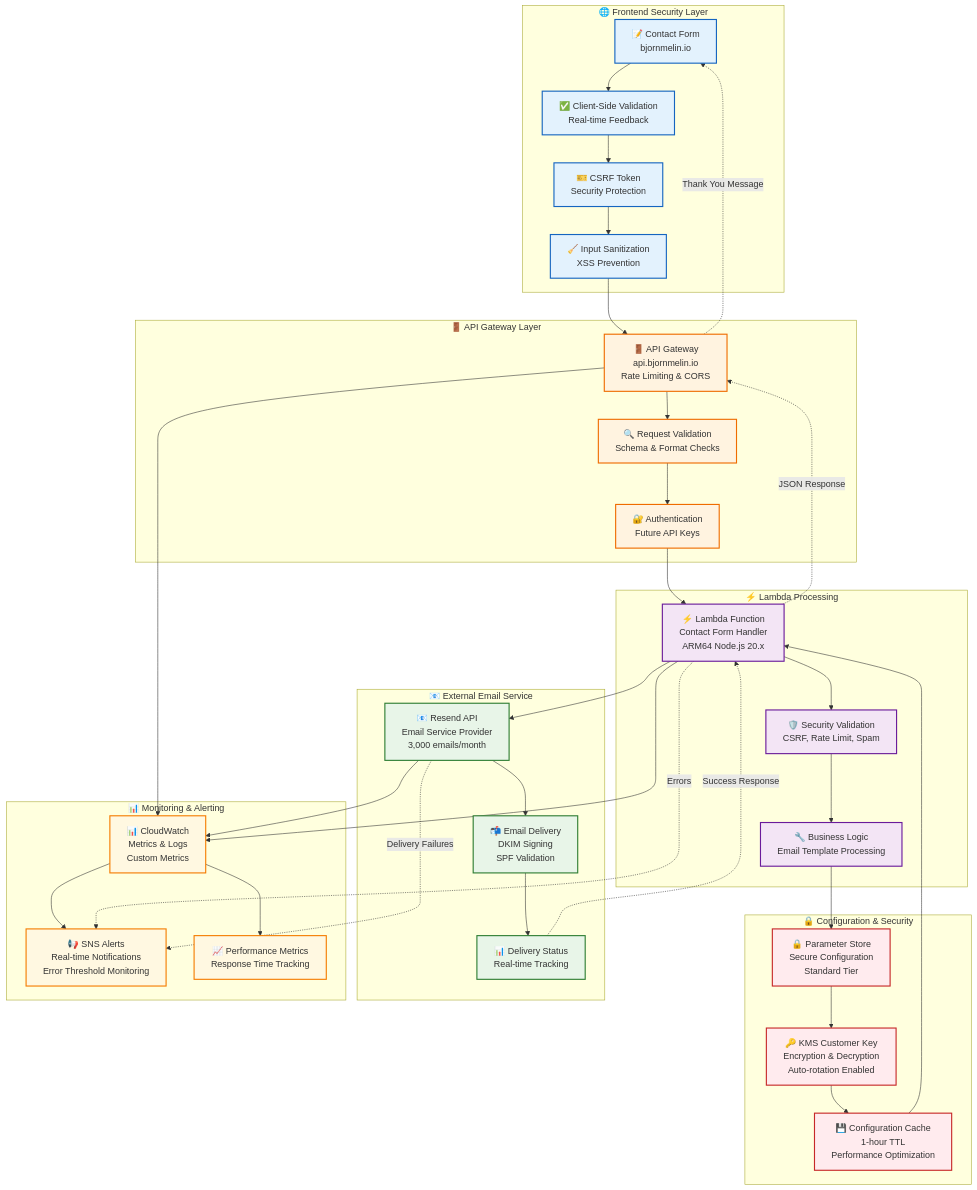
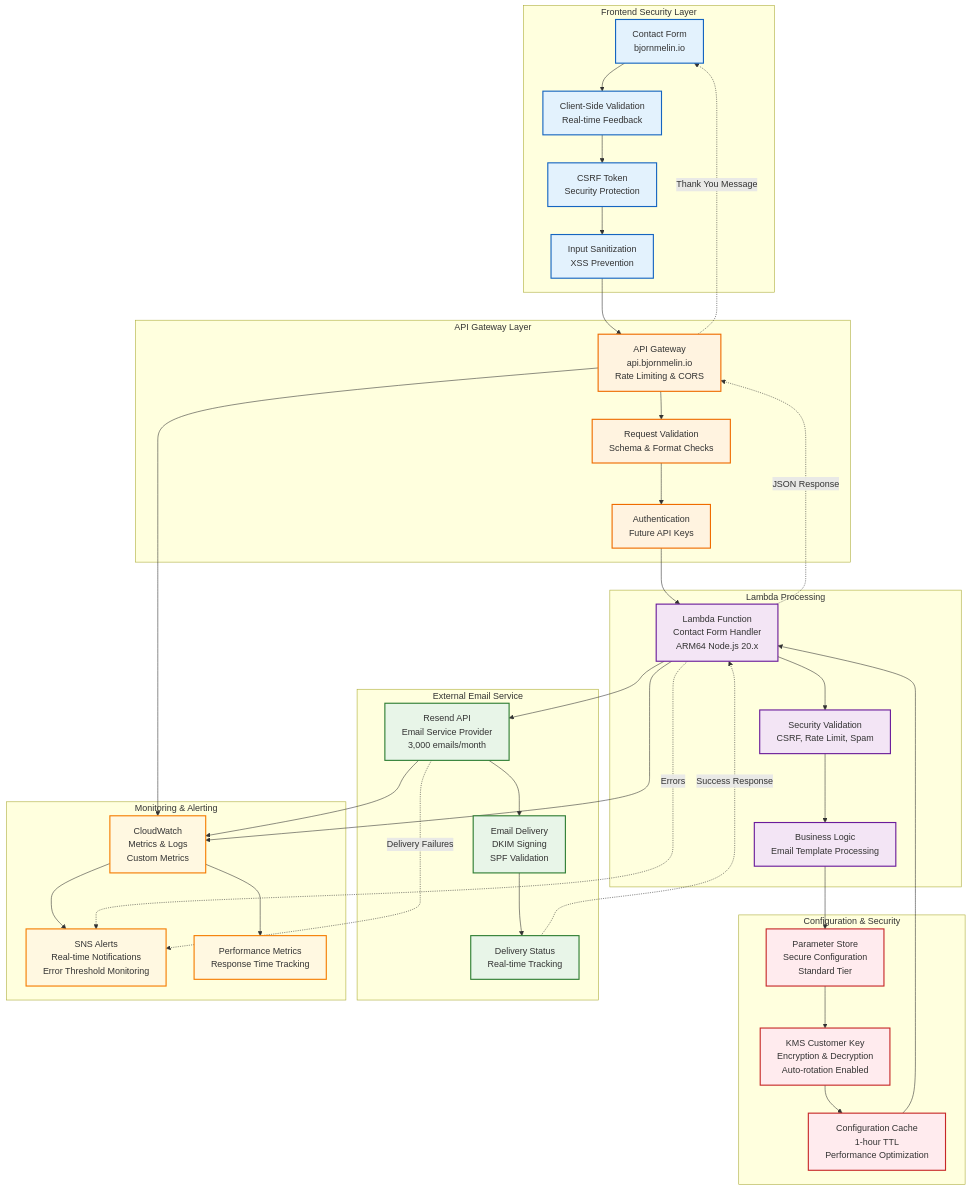
One commit to BjornMelin/bjornmelin-platform-io changed the first of 2 diagrams in docs/infrastructure/email-service-architecture.md. Above: the diagram before and after it, drawn with Mermaid. The commit also changed other lines of this file and 2 other files, not shown here.

Commit message:
docs: standardize Mermaid diagram labels for clarity
- Update Mermaid diagrams in multiple documentation files to use consistent labeling and formatting.
- Ensure all subgraph titles and participant labels are uniform, enhancing readability and comprehension.

This commit adheres to the KISS principle by simplifying the presentation of diagrams, making them easier to understand for users.

````diff
--- a/docs/infrastructure/email-service-architecture.md
+++ b/docs/infrastructure/email-service-architecture.md
@@ -9,46 +9,46 @@
 ```mermaid
 graph TB
     %% Frontend Layer
-    subgraph Frontend ["🌐 Frontend Security Layer"]
-        ContactForm[📝 Contact Form<br/>bjornmelin.io]
-        ClientValidation[✅ Client-Side Validation<br/>Real-time Feedback]
-        CSRFToken[🎫 CSRF Token<br/>Security Protection]
-        InputSanitization[🧹 Input Sanitization<br/>XSS Prevention]
+    subgraph Frontend ["Frontend Security Layer"]
+        ContactForm["Contact Form<br/>bjornmelin.io"]
+        ClientValidation["Client-Side Validation<br/>Real-time Feedback"]
+        CSRFToken["CSRF Token<br/>Security Protection"]
+        InputSanitization["Input Sanitization<br/>XSS Prevention"]
     end
     
     %% API Layer
-    subgraph APILayer ["🚪 API Gateway Layer"]
-        APIGateway[🚪 API Gateway<br/>api.bjornmelin.io<br/>Rate Limiting & CORS]
-        RequestValidation[🔍 Request Validation<br/>Schema & Format Checks]
-        Authentication[🔐 Authentication<br/>Future API Keys]
+    subgraph APILayer ["API Gateway Layer"]
+        APIGateway["API Gateway<br/>api.bjornmelin.io<br/>Rate Limiting & CORS"]
+        RequestValidation["Request Validation<br/>Schema & Format Checks"]
+        Authentication["Authentication<br/>Future API Keys"]
     end
     
     %% Processing Layer
-    subgraph ProcessingLayer ["⚡ Lambda Processing"]
-        Lambda[⚡ Lambda Function<br/>Contact Form Handler<br/>ARM64 Node.js 20.x]
-        SecurityChecks[🛡️ Security Validation<br/>CSRF, Rate Limit, Spam]
-        BusinessLogic[🔧 Business Logic<br/>Email Template Processing]
+    subgraph ProcessingLayer ["Lambda Processing"]
+        Lambda["Lambda Function<br/>Contact Form Handler<br/>ARM64 Node.js 20.x"]
+        SecurityChecks["Security Validation<br/>CSRF, Rate Limit, Spam"]
+        BusinessLogic["Business Logic<br/>Email Template Processing"]
     end
     
     %% Configuration Layer
-    subgraph ConfigLayer ["🔒 Configuration & Security"]
-        ParameterStore[🔒 Parameter Store<br/>Secure Configuration<br/>Standard Tier]
-        KMS[🔑 KMS Customer Key<br/>Encryption & Decryption<br/>Auto-rotation Enabled]
-        ConfigCache[💾 Configuration Cache<br/>1-hour TTL<br/>Performance Optimization]
+    subgraph ConfigLayer ["Configuration & Security"]
+        ParameterStore["Parameter Store<br/>Secure Configuration<br/>Standard Tier"]
+        KMS["KMS Customer Key<br/>Encryption & Decryption<br/>Auto-rotation Enabled"]
+        ConfigCache["Configuration Cache<br/>1-hour TTL<br/>Performance Optimization"]
     end
     
     %% External Services
-    subgraph ExternalServices ["📧 External Email Service"]
-        ResendAPI[📧 Resend API<br/>Email Service Provider<br/>3,000 emails/month]
-        EmailDelivery[📬 Email Delivery<br/>DKIM Signing<br/>SPF Validation]
-        DeliveryStatus[📊 Delivery Status<br/>Real-time Tracking]
+    subgraph ExternalServices ["External Email Service"]
+        ResendAPI["Resend API<br/>Email Service Provider<br/>3,000 emails/month"]
+        EmailDelivery["Email Delivery<br/>DKIM Signing<br/>SPF Validation"]
+        DeliveryStatus["Delivery Status<br/>Real-time Tracking"]
     end
     
     %% Monitoring Layer
-    subgraph MonitoringLayer ["📊 Monitoring & Alerting"]
-        CloudWatch[📊 CloudWatch<br/>Metrics & Logs<br/>Custom Metrics]
-        SNSAlerts[📢 SNS Alerts<br/>Real-time Notifications<br/>Error Threshold Monitoring]
-        PerformanceMetrics[📈 Performance Metrics<br/>Response Time Tracking]
+    subgraph MonitoringLayer ["Monitoring & Alerting"]
+        CloudWatch["CloudWatch<br/>Metrics & Logs<br/>Custom Metrics"]
+        SNSAlerts["SNS Alerts<br/>Real-time Notifications<br/>Error Threshold Monitoring"]
+        PerformanceMetrics["Performance Metrics<br/>Response Time Tracking"]
     end
     
     %% User Flow
````
